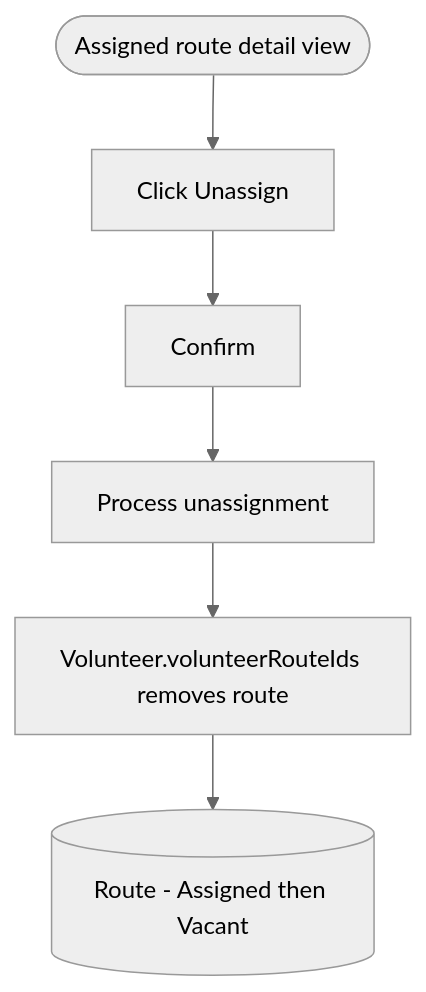
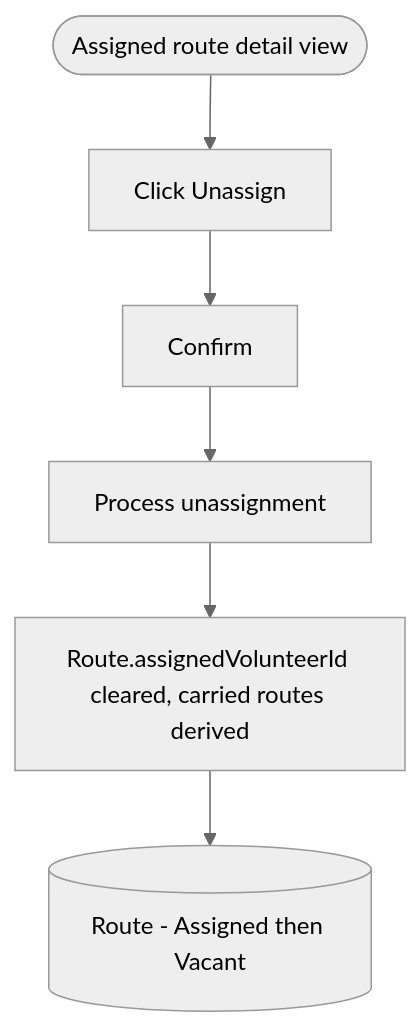
Before and after one commit to uwblueprint/beach-metro: the sixth of 10 diagrams in docs/flows/route_management_flow.md, drawn with Mermaid (neutral theme). The commit also changed other lines of this file and 4 other files, not shown here.

````diff
--- a/docs/flows/route_management_flow.md
+++ b/docs/flows/route_management_flow.md
@@ -198,8 +198,8 @@
 ```mermaid
 flowchart TD
     Start([Assigned route detail view]) --> Manual[Click Unassign]
     Manual --> Confirm[Confirm]
     Confirm --> Process[Process unassignment]
-    Process --> VolUpdate[Volunteer.volunteerRouteIds removes route]
+    Process --> VolUpdate[Route.assignedVolunteerId cleared, carried routes derived]
     VolUpdate --> Vacated[(Route - Assigned then Vacant)]
 ```
````
